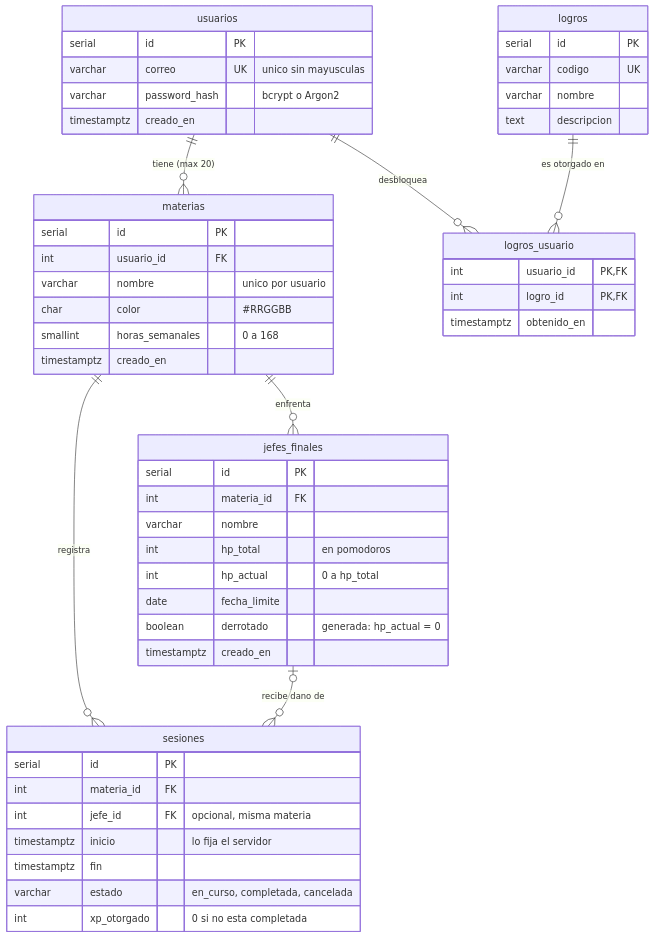
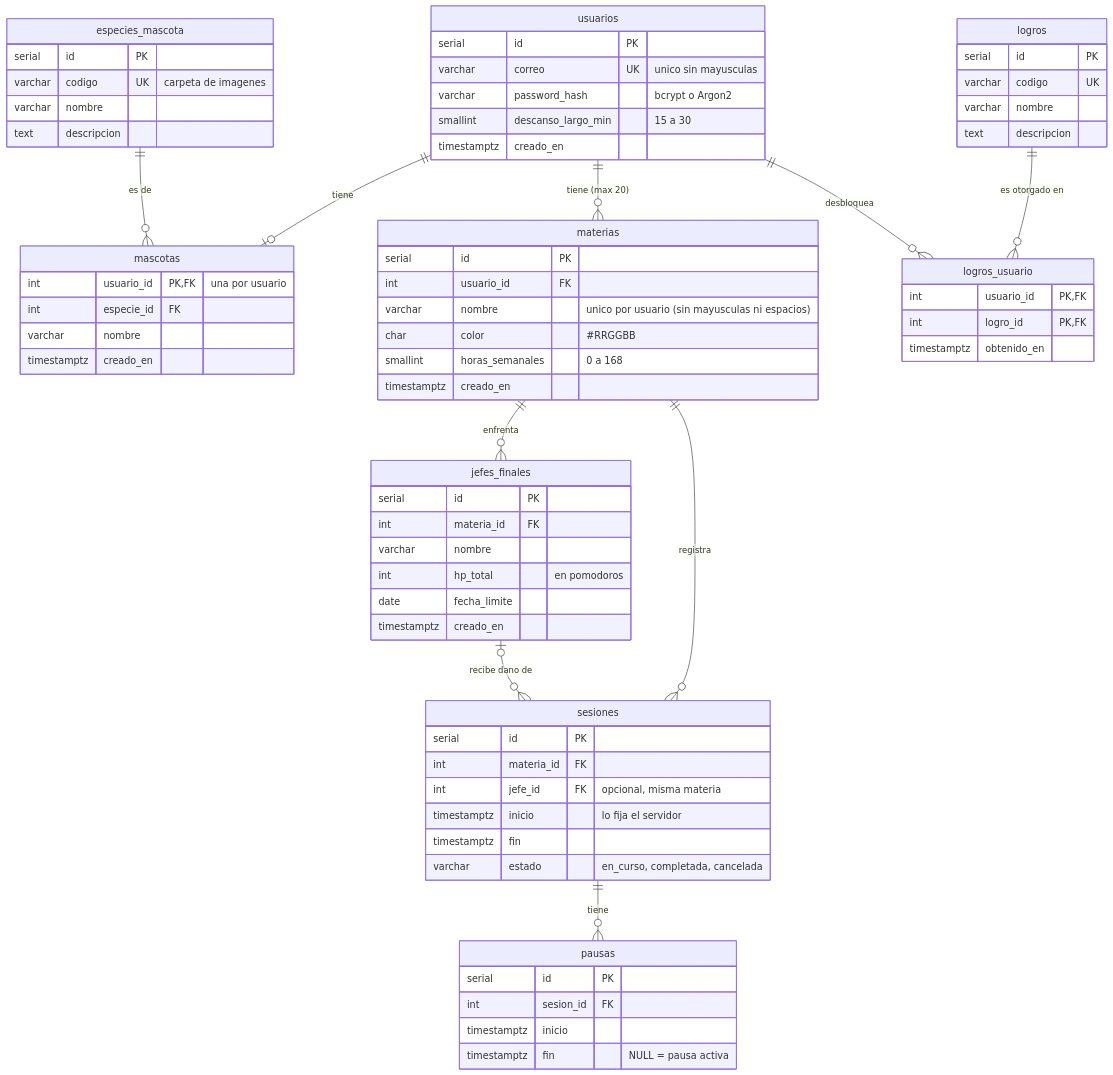
Before and after one commit to You9123/PomoPet: the diagram in docs/modelo-datos.md, drawn with Mermaid. The commit also changed other lines of this file, not shown here.

Commit message:
docs(database): actualiza diagrama y reglas del modelo de datos

````diff
--- a/docs/modelo-datos.md
+++ b/docs/modelo-datos.md
@@ -8,54 +9,73 @@
 ```mermaid
 erDiagram
+    usuarios ||--o| mascotas : "tiene"
+    especies_mascota ||--o{ mascotas : "es de"
     usuarios ||--o{ materias : "tiene (max 20)"
     usuarios ||--o{ logros_usuario : "desbloquea"
     logros ||--o{ logros_usuario : "es otorgado en"
     materias ||--o{ jefes_finales : "enfrenta"
     materias ||--o{ sesiones : "registra"
     jefes_finales |o--o{ sesiones : "recibe dano de"
+    sesiones ||--o{ pausas : "tiene"
 
     usuarios {
         serial id PK
         varchar correo UK "unico sin mayusculas"
         varchar password_hash "bcrypt o Argon2"
+        smallint descanso_largo_min "15 a 30"
+        timestamptz creado_en
+    }
+    especies_mascota {
+        serial id PK
+        varchar codigo UK "carpeta de imagenes"
+        varchar nombre
+        text descripcion
+    }
+    mascotas {
+        int usuario_id PK, FK "una por usuario"
+        int especie_id FK
+        varchar nombre
         timestamptz creado_en
     }
     materias {
         serial id PK
         int usuario_id FK
-        varchar nombre "unico por usuario"
+        varchar nombre "unico por usuario (sin mayusculas ni espacios)"
         char color "#RRGGBB"
         smallint horas_semanales "0 a 168"
         timestamptz creado_en
     }
     jefes_finales {
         serial id PK
         int materia_id FK
         varchar nombre
         int hp_total "en pomodoros"
-        int hp_actual "0 a hp_total"
         date fecha_limite
-        boolean derrotado "generada: hp_actual = 0"
         timestamptz creado_en
     }
     sesiones {
         serial id PK
         int materia_id FK
         int jefe_id FK "opcional, misma materia"
         timestamptz inicio "lo fija el servidor"
         timestamptz fin
         varchar estado "en_curso, completada, cancelada"
-        int xp_otorgado "0 si no esta completada"
+    }
+    pausas {
+        serial id PK
+        int sesion_id FK
+        timestamptz inicio
+        timestamptz fin "NULL = pausa activa"
     }
     logros {
         serial id PK
         varchar codigo UK
         varchar nombre
         text descripcion
     }
     logros_usuario {
         int usuario_id PK, FK
         int logro_id PK, FK
         timestamptz obtenido_en
     }
 ```
````
